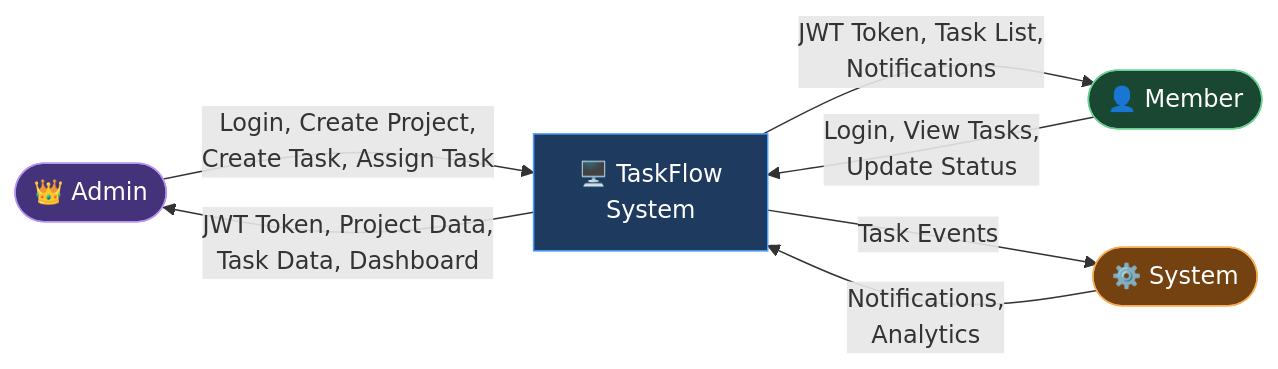
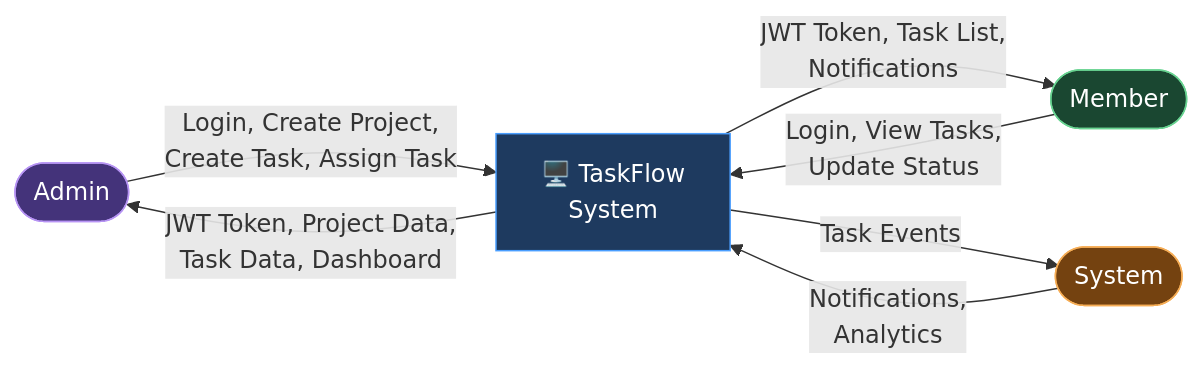
Before and after one commit to VIPAX-JIT/TaskFlow: the second of 3 diagrams in ErDiagram.md, drawn with Mermaid. The commit also changed other lines of this file and 4 other files, not shown here.

Commit message:
sequenceDiagram changes..FLowchart Added

````diff
--- a/ErDiagram.md
+++ b/ErDiagram.md
@@ -75,22 +75,22 @@
 ```mermaid
 flowchart LR
-    Admin(["👑 Admin"])
-    Member(["👤 Member"])
-    System(["⚙️ System"])
+    Admin([" Admin"])
+    Member([" Member"])
+    System([" System"])
 
     TF["🖥️ TaskFlow\nSystem"]
 
     Admin -->|"Login, Create Project,\nCreate Task, Assign Task"| TF
     TF -->|"JWT Token, Project Data,\nTask Data, Dashboard"| Admin
 
     Member -->|"Login, View Tasks,\nUpdate Status"| TF
     TF -->|"JWT Token, Task List,\nNotifications"| Member
 
     TF -->|"Task Events"| System
     System -->|"Notifications,\nAnalytics"| TF
 
     style TF fill:#1e3a5f,stroke:#4a9eff,color:#fff,font-size:16px
     style Admin fill:#44337a,stroke:#b794f4,color:#fff
     style Member fill:#1a4731,stroke:#68d391,color:#fff
     style System fill:#744210,stroke:#f6ad55,color:#fff
 ```
````
